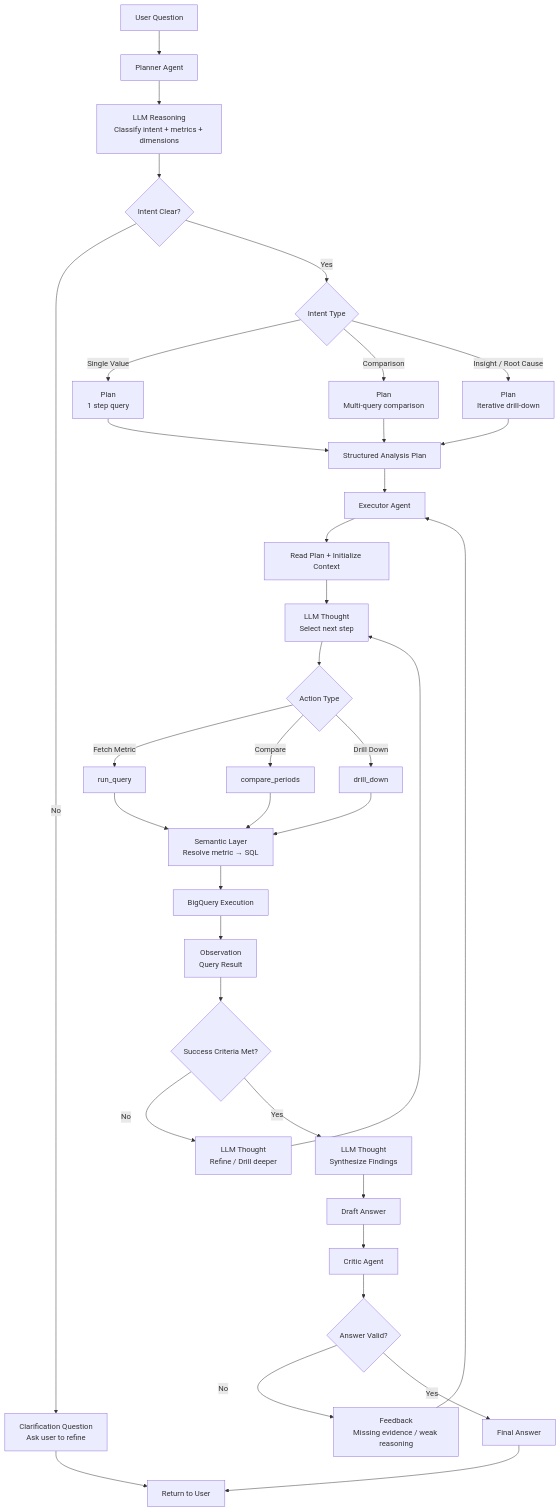
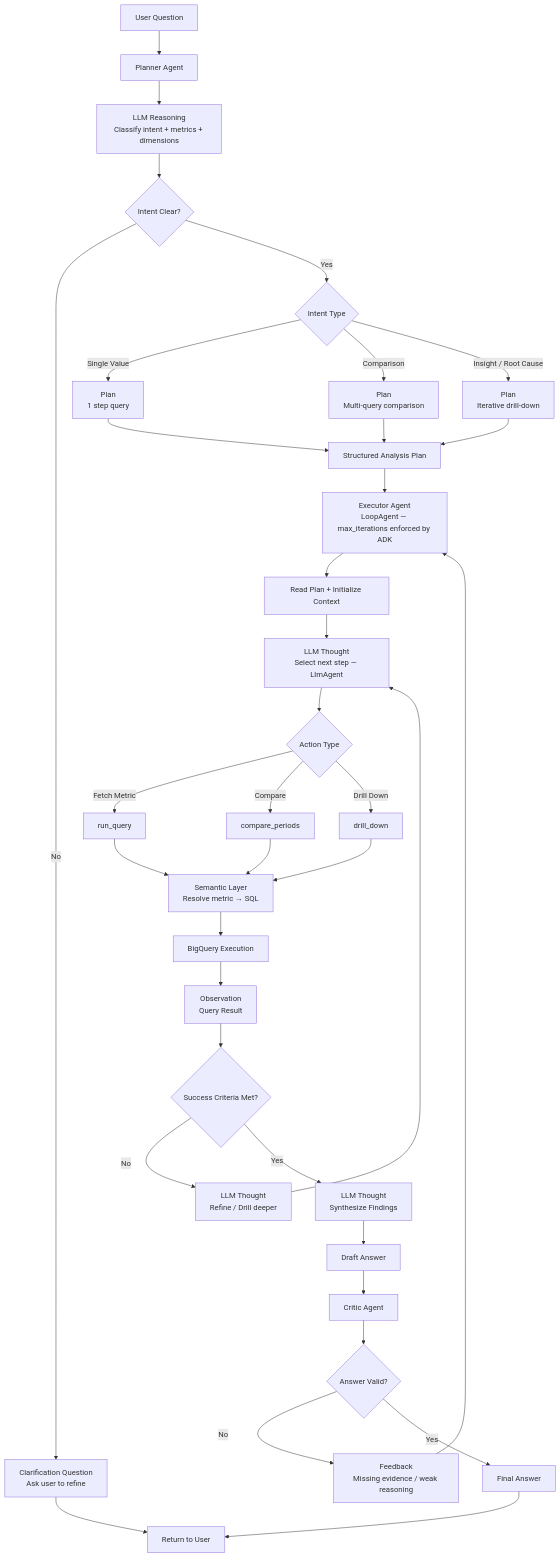
Before and after one commit to allglenn/agentic-autonomous-analytics: the diagram in README.md, drawn with Mermaid. The commit also changed 1 other file, not shown here.

Commit message:
fix: replace LlmAgent with LoopAgent for executor
Executor now uses LoopAgent wrapping LlmAgent so ADK enforces
max_iterations at the framework level instead of relying on a prompt hint.
Updates README diagram to reflect the correct agent types.

````diff
--- a/README.md
+++ b/README.md
@@ -127,73 +127,73 @@
 ```mermaid
 flowchart TD
 
     %% ---------------- USER ----------------
     A[User Question] --> B[Planner Agent]
 
     %% ---------------- PLANNER ----------------
     B --> C[LLM Reasoning<br/>Classify intent + metrics + dimensions]
 
     C --> CL{Intent Clear?}
 
     %% ---------------- CLARIFICATION SHORTCUT ----------------
     CL -->|No| CLQ[Clarification Question<br/>Ask user to refine]
     CLQ --> AA
 
     %% ---------------- ANALYSIS PATH ----------------
     CL -->|Yes| D{Intent Type}
 
     D -->|Single Value| E[Plan<br/>1 step query]
     D -->|Comparison| F[Plan<br/>Multi-query comparison]
     D -->|Insight / Root Cause| G[Plan<br/>Iterative drill-down]
 
     E --> H[Structured Analysis Plan]
     F --> H
     G --> H
 
     %% ---------------- EXECUTOR ----------------
-    H --> I[Executor Agent]
+    H --> I[Executor Agent<br/>LoopAgent — max_iterations enforced by ADK]
 
     I --> J[Read Plan + Initialize Context]
 
     %% ---- REACT LOOP START ----
-    J --> K[LLM Thought<br/>Select next step]
+    J --> K[LLM Thought<br/>Select next step — LlmAgent]
 
     K --> L{Action Type}
 
     L -->|Fetch Metric| M[run_query]
     L -->|Compare| N[compare_periods]
     L -->|Drill Down| O[drill_down]
 
     %% ---------------- TOOL LAYER ----------------
     M --> P[Semantic Layer<br/>Resolve metric → SQL]
     N --> P
     O --> P
 
     P --> Q[BigQuery Execution]
 
     Q --> R[Observation<br/>Query Result]
 
     %% ---------------- LOOP CONTROL ----------------
     R --> S{Success Criteria Met?}
 
     S -->|No| T[LLM Thought<br/>Refine / Drill deeper]
     T --> K
 
     S -->|Yes| U[LLM Thought<br/>Synthesize Findings]
 
     %% ---------------- DRAFT OUTPUT ----------------
     U --> V[Draft Answer]
 
     %% ---------------- CRITIC ----------------
     V --> W[Critic Agent]
 
     W --> X{Answer Valid?}
 
     X -->|No| Y[Feedback<br/>Missing evidence / weak reasoning]
     Y --> I
 
     X -->|Yes| Z[Final Answer]
 
     %% ---------------- RESPONSE ----------------
     Z --> AA[Return to User]
 ```
````
